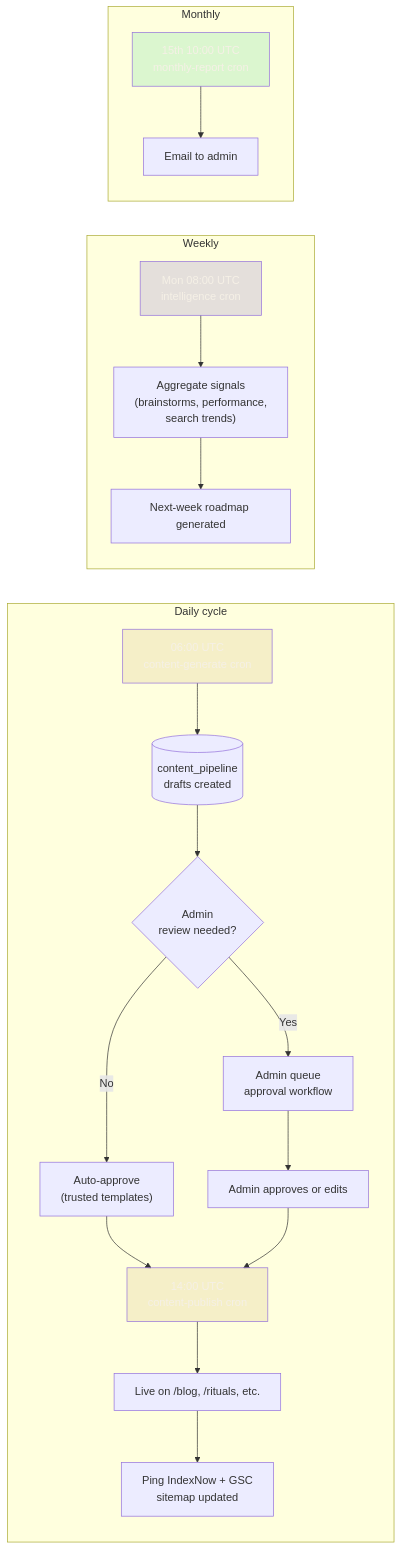
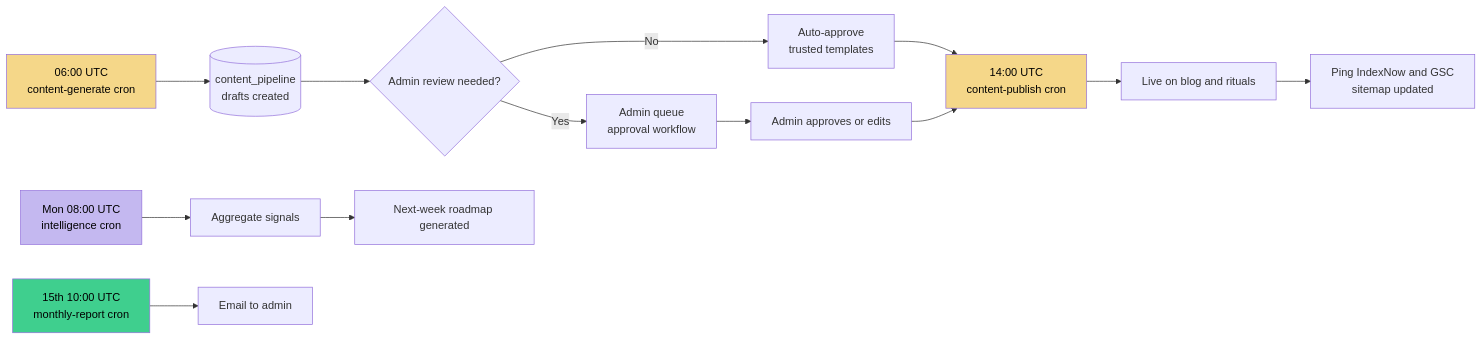
One commit to omkarjaliparthi/insights-by-omkar-case-study changed the fourth of 4 diagrams in docs/08-user-flows.md. Above: the diagram before and after it, drawn with Mermaid. The commit also changed other lines of this file and 5 other files, not shown here.

Commit message:
fix: simplify mermaid syntax for GitHub renderer compatibility — remove 8-digit hex, subgraph labels, parens in gantt names

````diff
--- a/docs/08-user-flows.md
+++ b/docs/08-user-flows.md
@@ -140,33 +140,22 @@
 ```mermaid
 flowchart LR
-    subgraph Daily["Daily cycle"]
-        direction TB
-        Gen["06:00 UTC<br/>content-generate cron"]
-        Gen --> Brainstorm[("content_pipeline<br/>drafts created")]
-        Brainstorm --> Review{Admin<br/>review needed?}
-        Review -- No --> Auto["Auto-approve<br/>(trusted templates)"]
-        Review -- Yes --> Queue["Admin queue<br/>approval workflow"]
-        Queue --> Approve[Admin approves or edits]
-        Auto --> Publish
-        Approve --> Publish
-        Publish["14:00 UTC<br/>content-publish cron"]
-        Publish --> Live[Live on /blog, /rituals, etc.]
-        Live --> Ping["Ping IndexNow + GSC<br/>sitemap updated"]
-    end
+    Gen[06:00 UTC<br>content-generate cron] --> Brainstorm[(content_pipeline<br>drafts created)]
+    Brainstorm --> Review{Admin review needed?}
+    Review -- No --> Auto[Auto-approve<br>trusted templates]
+    Review -- Yes --> Queue[Admin queue<br>approval workflow]
+    Queue --> Approve[Admin approves or edits]
+    Auto --> Publish
+    Approve --> Publish[14:00 UTC<br>content-publish cron]
+    Publish --> Live[Live on blog and rituals]
+    Live --> Ping[Ping IndexNow and GSC<br>sitemap updated]
 
-    subgraph Weekly["Weekly"]
-        Intel["Mon 08:00 UTC<br/>intelligence cron"]
-        Intel --> Signals["Aggregate signals<br/>(brainstorms, performance,<br/>search trends)"]
-        Signals --> Roadmap[Next-week roadmap generated]
-    end
+    Intel[Mon 08:00 UTC<br>intelligence cron] --> Signals[Aggregate signals]
+    Signals --> Roadmap[Next-week roadmap generated]
 
-    subgraph Monthly["Monthly"]
-        Report["15th 10:00 UTC<br/>monthly-report cron"]
-        Report --> Email[Email to admin]
-    end
+    Report[15th 10:00 UTC<br>monthly-report cron] --> Email[Email to admin]
 
-    style Gen fill:#C8A96930,color:#F5F0E6
-    style Publish fill:#C8A96930,color:#F5F0E6
-    style Intel fill:#6E56CF30,color:#F5F0E6
-    style Report fill:#3FCF8E30,color:#F5F0E6
+    style Gen fill:#F5D789,color:#000
+    style Publish fill:#F5D789,color:#000
+    style Intel fill:#C4B8F0,color:#000
+    style Report fill:#3FCF8E,color:#000
 ```
````
